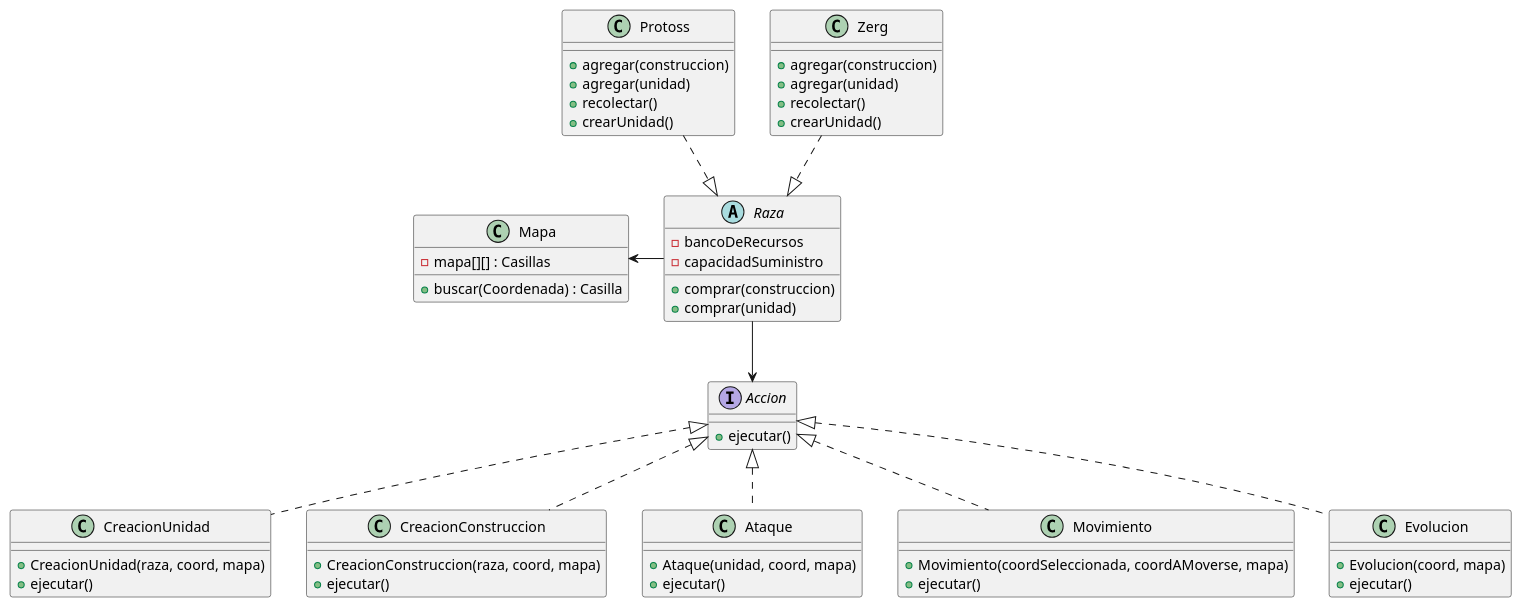
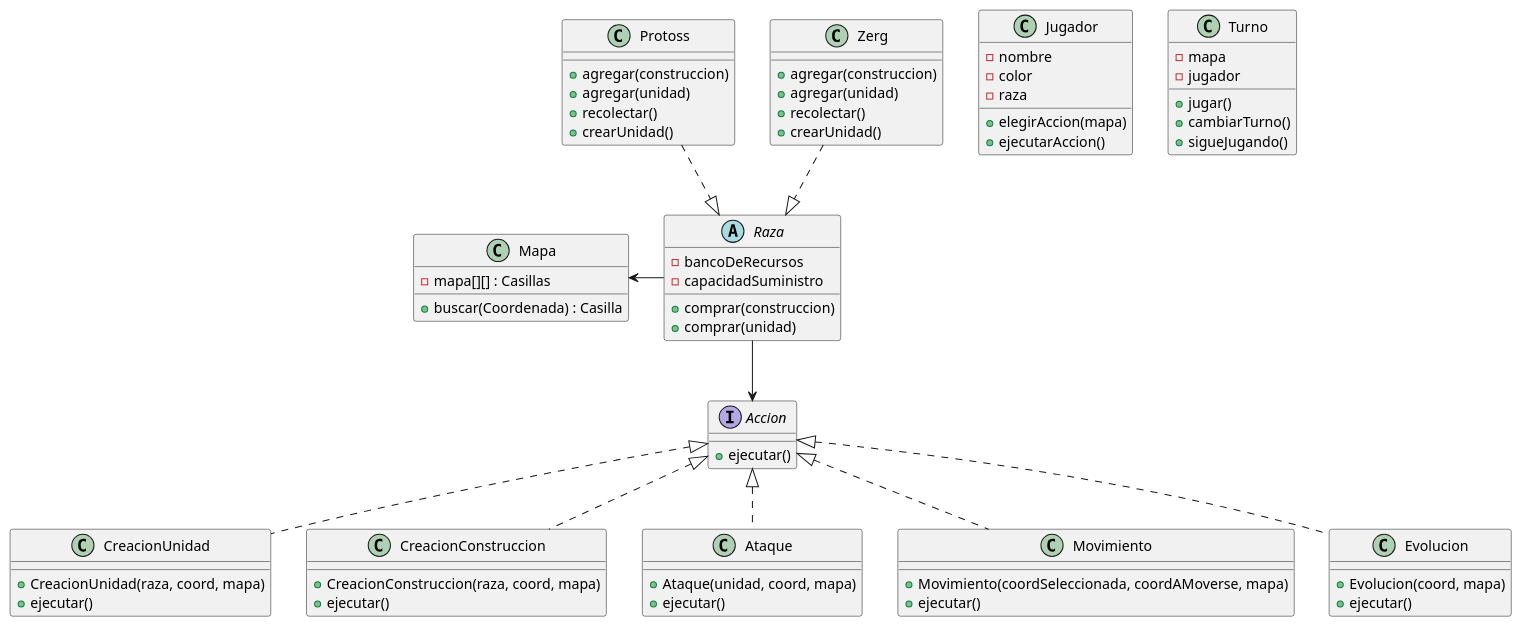
One commit to GiaWong/Algo3_TP2_2C2022 changed the diagram in diagrams/classes/Modelo3/ModeloAcciones.puml. Above: the diagram before and after it, drawn with PlantUML. The commit also changed 23 other files, not shown here.

```diff
--- a/diagrams/classes/Modelo3/ModeloAcciones.puml
+++ b/diagrams/classes/Modelo3/ModeloAcciones.puml
@@ -1,77 +1,93 @@
 @startuml
 'https://plantuml.com/class-diagram
 
+class Jugador {
+    - nombre
+    - color
+    - raza
+
+    + elegirAccion(mapa)
+    + ejecutarAccion()
+}
+
+class Turno {
+    - mapa
+    - jugador
+    +jugar()
+    +cambiarTurno()
+    +sigueJugando()
+}
 
 abstract class Raza {
     - bancoDeRecursos
     - capacidadSuministro
 
     + comprar(construccion)
     + comprar(unidad)
 }
 
 class Zerg {
     + agregar(construccion)
     + agregar(unidad)
     + recolectar()
     + crearUnidad()
 }
 
 class Protoss {
     + agregar(construccion)
     + agregar(unidad)
     + recolectar()
     + crearUnidad()
 }
 
 interface Accion {
     +ejecutar()
 }
 
 class CreacionUnidad {
     + CreacionUnidad(raza, coord, mapa)
     + ejecutar()
 }
 
 class CreacionConstruccion {
     + CreacionConstruccion(raza, coord, mapa)
     + ejecutar()
 }
 
 class Ataque {
     + Ataque(unidad, coord, mapa)
     + ejecutar()
 }
 
 class Movimiento {
     + Movimiento(coordSeleccionada, coordAMoverse, mapa)
     + ejecutar()
 }
 
 class Evolucion {
     + Evolucion(coord, mapa)
     + ejecutar()
 }
 
 class Mapa {
     - mapa[][] : Casillas
 
     + buscar(Coordenada) : Casilla
 }
 
 Raza <|.up. Zerg
 Raza <|.up. Protoss
 
 Mapa <- Raza
 Raza --> Accion
 Accion <|.. CreacionUnidad
 Accion <|.. CreacionConstruccion
 Accion <|.. Ataque
 Accion <|.. Movimiento
 Accion <|.. Evolucion
 
 
 
 
 
 @enduml
```
